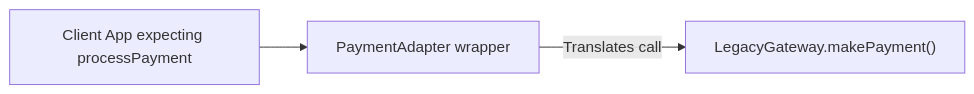
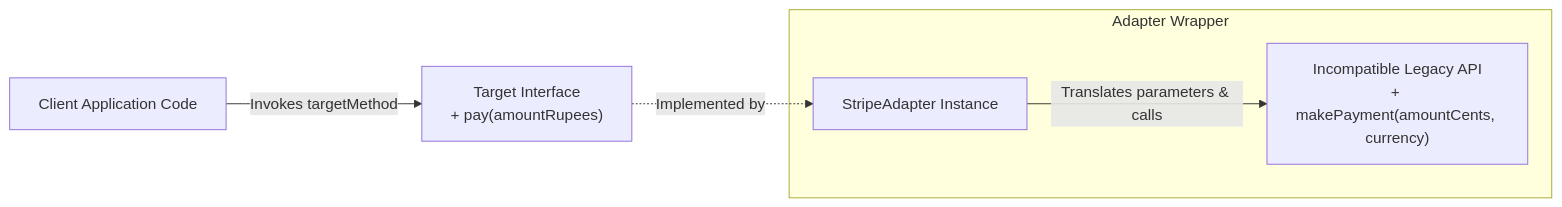
One commit to Amie-dev/engineering-playbook changed the first of 2 diagrams in js-patterns/08-adapter.md. Above: the diagram before and after it, drawn with Mermaid. The commit also changed other lines of this file and 39 other files, not shown here.

````diff
--- a/js-patterns/08-adapter.md
+++ b/js-patterns/08-adapter.md
@@ -10,5 +15,10 @@
 ```mermaid
 flowchart LR
-    Client[Client App expecting processPayment] --> Adapter["PaymentAdapter wrapper"]
-    Adapter -->|Translates call| LegacyService["LegacyGateway.makePayment()"]
+    Client[Client Application Code] -->|Invokes targetMethod| TargetInterface["Target Interface<br/>+ pay(amountRupees)"]
+    
+    subgraph Adapter Wrapper
+        Adapter["StripeAdapter Instance"] -->|Translates parameters & calls| Adaptee["Incompatible Legacy API<br/>+ makePayment(amountCents, currency)"]
+    end
+    
+    TargetInterface -.->|Implemented by| Adapter
 ```
````
